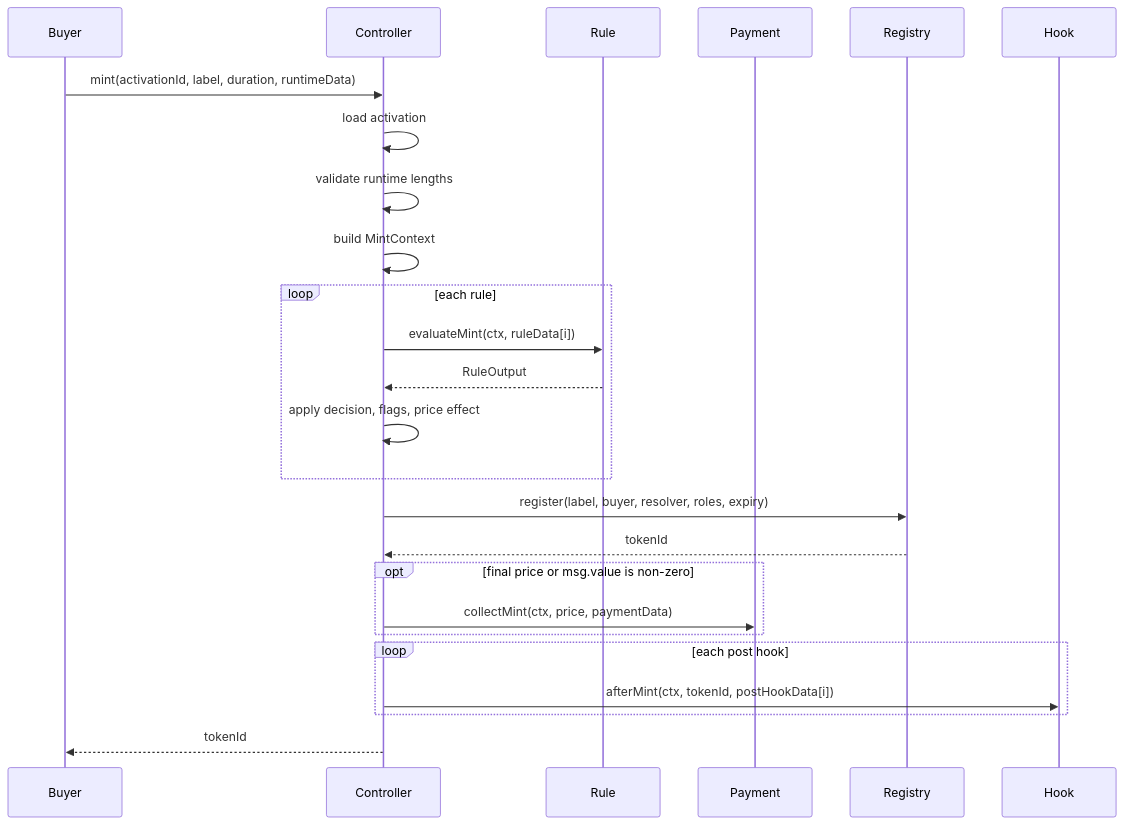
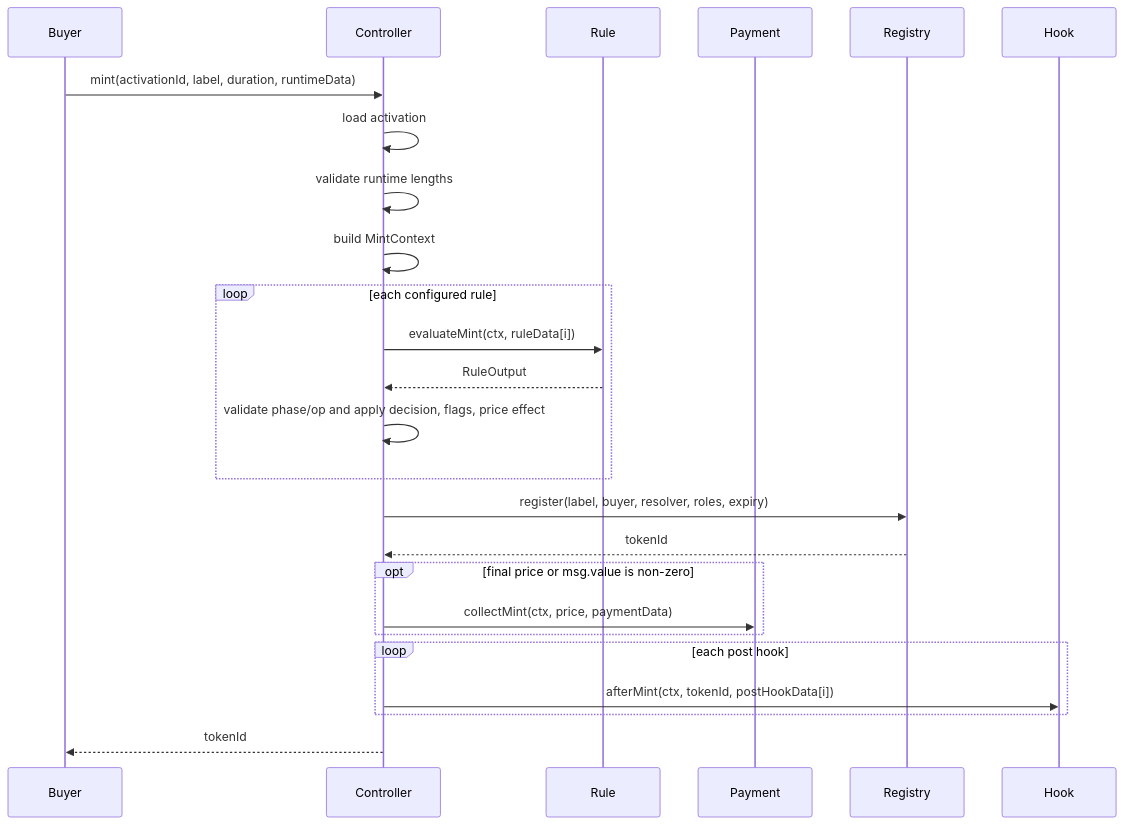
One commit to envoy1084/namespace-contracts-v2 changed the first of 2 diagrams in docs/03-mint-and-renewal-flow.md. Above: the diagram before and after it, drawn with Mermaid. The commit also changed other lines of this file and 21 other files, not shown here.

Commit message:
feat: enforce strict rule effect semantics

````diff
--- a/docs/03-mint-and-renewal-flow.md
+++ b/docs/03-mint-and-renewal-flow.md
@@ -38,28 +38,28 @@
 ```mermaid
 sequenceDiagram
     participant Buyer
     participant Controller
     participant Rule
     participant Payment
     participant Registry
     participant Hook
 
     Buyer->>Controller: mint(activationId, label, duration, runtimeData)
     Controller->>Controller: load activation
     Controller->>Controller: validate runtime lengths
     Controller->>Controller: build MintContext
-    loop each rule
+    loop each configured rule
         Controller->>Rule: evaluateMint(ctx, ruleData[i])
         Rule-->>Controller: RuleOutput
-        Controller->>Controller: apply decision, flags, price effect
+        Controller->>Controller: validate phase/op and apply decision, flags, price effect
     end
     Controller->>Registry: register(label, buyer, resolver, roles, expiry)
     Registry-->>Controller: tokenId
     opt final price or msg.value is non-zero
         Controller->>Payment: collectMint(ctx, price, paymentData)
     end
     loop each post hook
         Controller->>Hook: afterMint(ctx, tokenId, postHookData[i])
     end
     Controller-->>Buyer: tokenId
 ```
````
